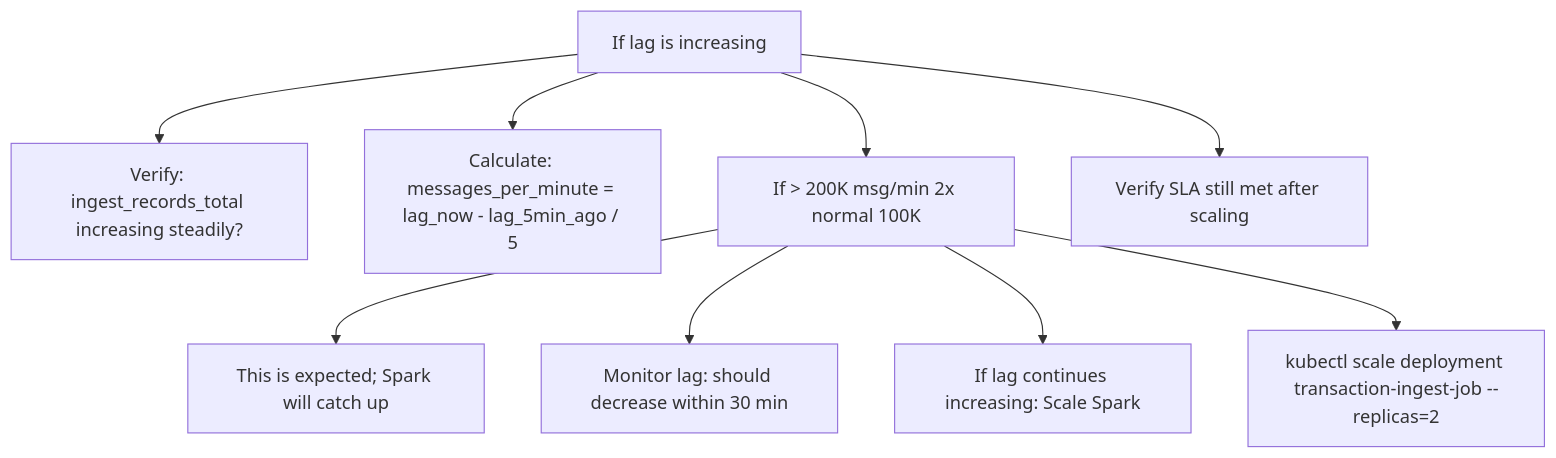
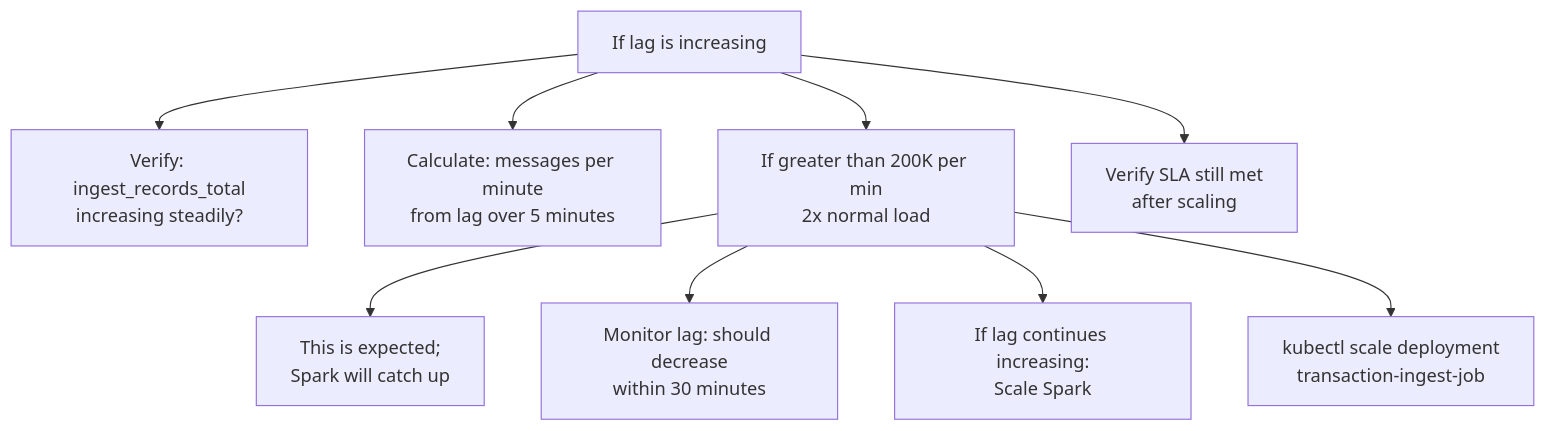
The fifth of 8 diagrams in docs/production/troubleshooting.md (naren-chakraview/chakraview-fintech-data-mesh), drawn with Mermaid before and after one commit. The commit also changed other lines of this file and 21 other files, not shown here.

First line of the commit message:
Fix mermaid diagram rendering issues in fintech data mesh documentation

````diff
--- a/docs/production/troubleshooting.md
+++ b/docs/production/troubleshooting.md
@@ -126,12 +126,12 @@
 ```mermaid
 graph TD
     A["If lag is increasing"]
-    A --> A1["Verify: ingest_records_total increasing steadily?"]
-    A --> A2["Calculate: messages_per_minute = lag_now - lag_5min_ago / 5"]
-    A --> A3["If > 200K msg/min 2x normal 100K"]
-    A3 --> A3a["This is expected; Spark will catch up"]
-    A3 --> A3b["Monitor lag: should decrease within 30 min"]
-    A3 --> A3c["If lag continues increasing: Scale Spark"]
-    A3 --> A3d["kubectl scale deployment transaction-ingest-job --replicas=2"]
-    A --> A4["Verify SLA still met after scaling"]
+    A --> A1["Verify: ingest_records_total<br/>increasing steadily?"]
+    A --> A2["Calculate: messages per minute<br/>from lag over 5 minutes"]
+    A --> A3["If greater than 200K per min<br/>2x normal load"]
+    A3 --> A3a["This is expected;<br/>Spark will catch up"]
+    A3 --> A3b["Monitor lag: should decrease<br/>within 30 minutes"]
+    A3 --> A3c["If lag continues increasing:<br/>Scale Spark"]
+    A3 --> A3d["kubectl scale deployment<br/>transaction-ingest-job"]
+    A --> A4["Verify SLA still met<br/>after scaling"]
 ```
````
